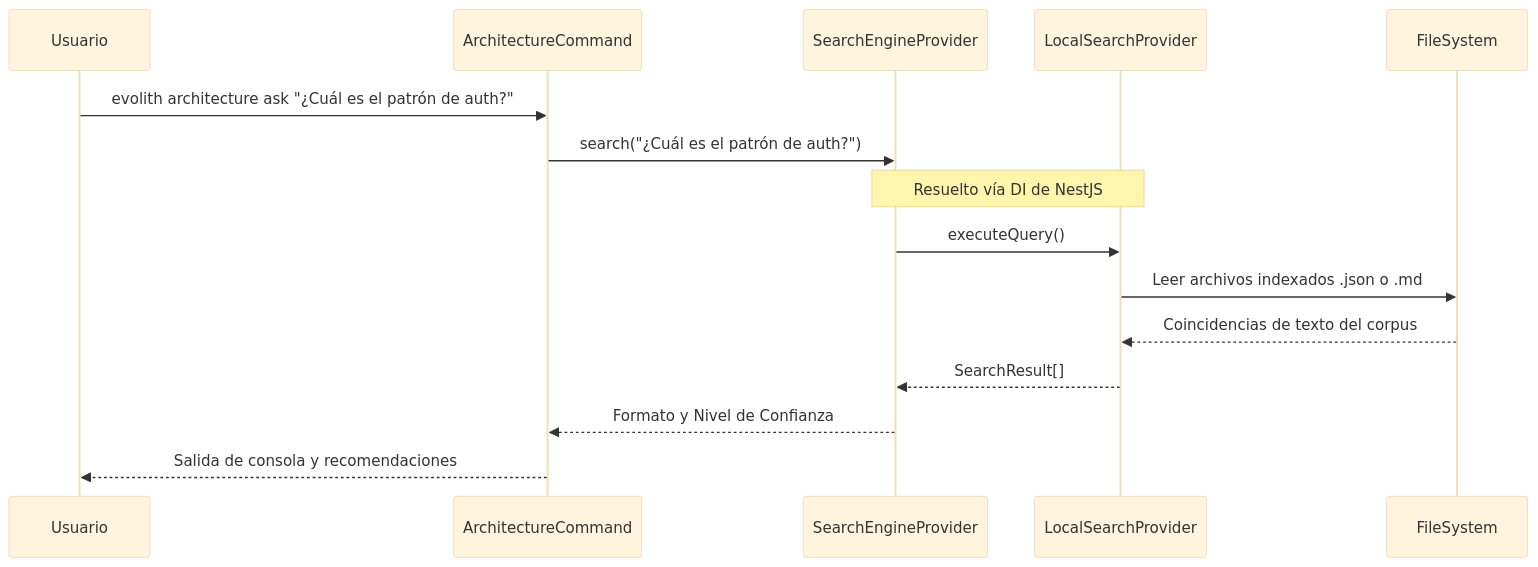
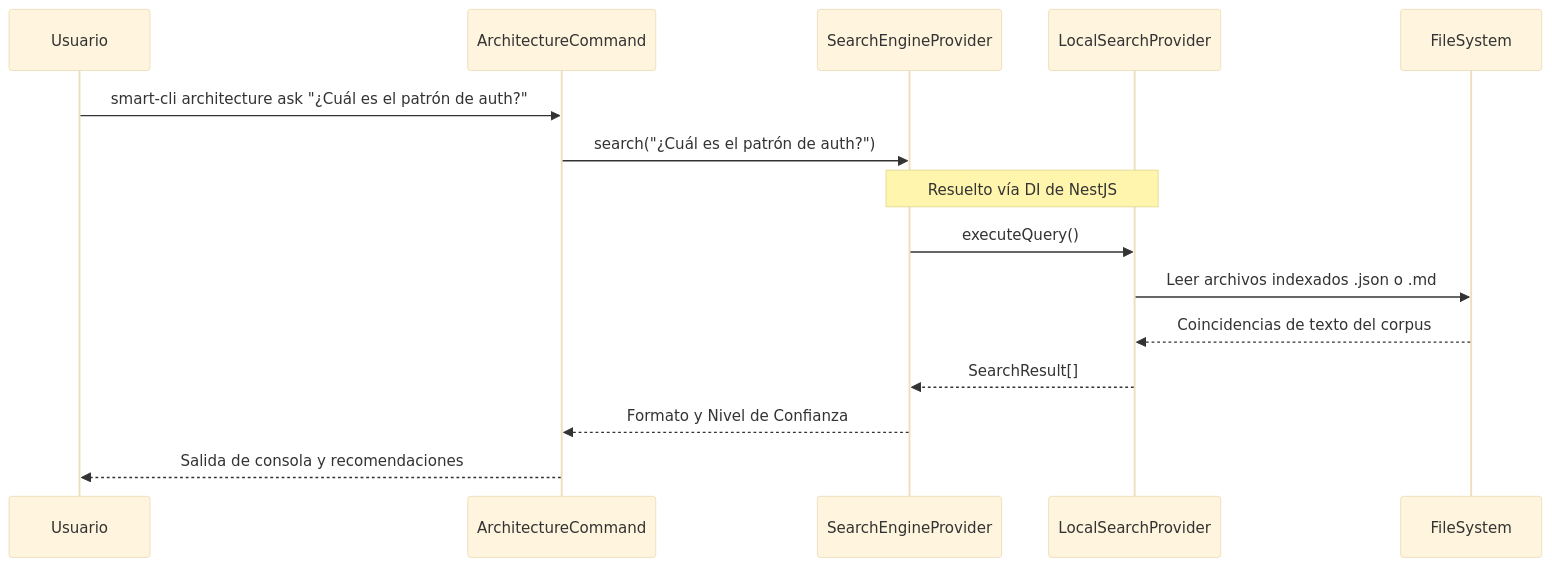
Before and after one commit to beyondnetcode/evolith_arch32: the second of 3 diagrams in reference/architecture/evolith-sdk/technical-design.es.md, drawn with Mermaid (base theme). The commit also changed other lines of this file and 13 other files, not shown here.

First line of the commit message:
refactor: update all CLI references from evolith to smart-cli

````diff
--- a/reference/architecture/evolith-sdk/technical-design.es.md
+++ b/reference/architecture/evolith-sdk/technical-design.es.md
@@ -31,18 +31,18 @@
 ```mermaid
 sequenceDiagram
     participant Usuario
     participant ArchitectureCommand
     participant SearchEngineProvider
     participant LocalSearchProvider
     participant FileSystem
 
-    Usuario->>ArchitectureCommand: evolith architecture ask "¿Cuál es el patrón de auth?"
+    Usuario->>ArchitectureCommand: smart-cli architecture ask "¿Cuál es el patrón de auth?"
     ArchitectureCommand->>SearchEngineProvider: search("¿Cuál es el patrón de auth?")
     Note over SearchEngineProvider,LocalSearchProvider: Resuelto vía DI de NestJS
     SearchEngineProvider->>LocalSearchProvider: executeQuery()
     LocalSearchProvider->>FileSystem: Leer archivos indexados .json o .md
     FileSystem-->>LocalSearchProvider: Coincidencias de texto del corpus
     LocalSearchProvider-->>SearchEngineProvider: SearchResult[]
     SearchEngineProvider-->>ArchitectureCommand: Formato y Nivel de Confianza
     ArchitectureCommand-->>Usuario: Salida de consola y recomendaciones
 ```
````
